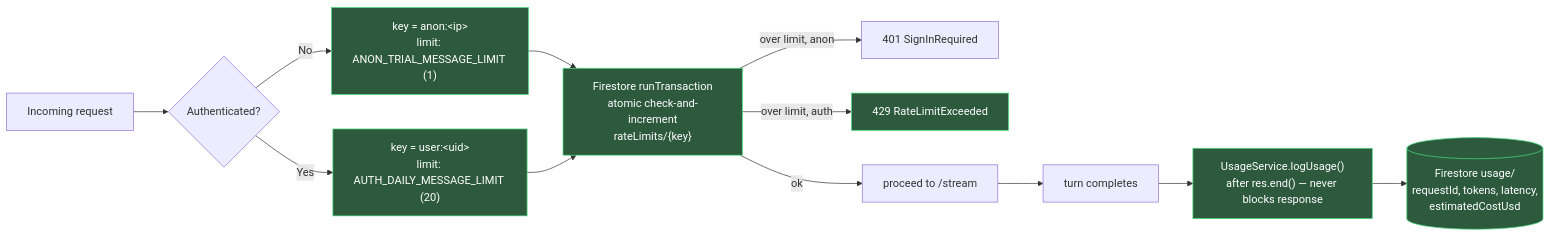
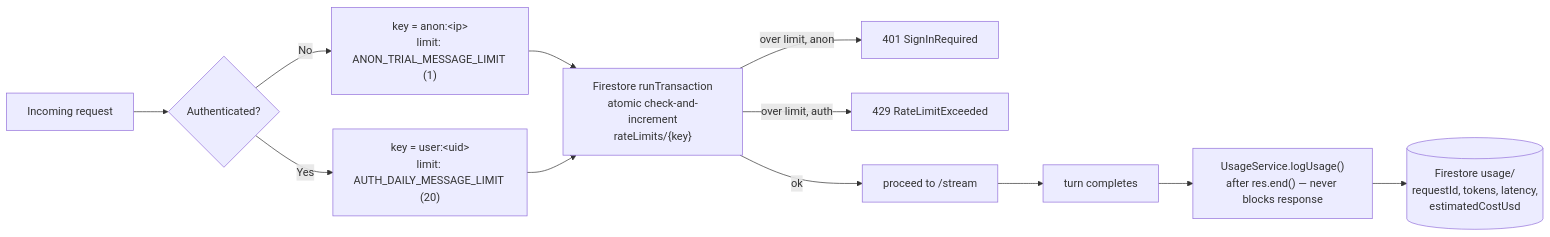
One commit to Shrikant92Bhatt/chat-bot changed the seventh of 7 diagrams in architecture.md. Above: the diagram before and after it, drawn with Mermaid. The commit also changed other lines of this file and 3 other files, not shown here.

````diff
--- a/architecture.md
+++ b/architecture.md
@@ -151,16 +227,13 @@
 ```mermaid
 flowchart LR
     Req["Incoming request"] --> Auth{"Authenticated?"}
     Auth -->|No| AnonKey["key = anon:&lt;ip&gt;<br/>limit: ANON_TRIAL_MESSAGE_LIMIT (1)"]
     Auth -->|Yes| UserKey["key = user:&lt;uid&gt;<br/>limit: AUTH_DAILY_MESSAGE_LIMIT (20)"]
     AnonKey & UserKey --> Tx["Firestore runTransaction<br/>atomic check-and-increment<br/>rateLimits/{key}"]
     Tx -->|over limit, anon| E1["401 SignInRequired"]
     Tx -->|over limit, auth| E2["429 RateLimitExceeded"]
     Tx -->|ok| Continue["proceed to /stream"]
     Continue --> Complete["turn completes"]
     Complete --> Log["UsageService.logUsage()<br/>after res.end() — never blocks response"]
     Log --> UsageDoc[("Firestore usage/<br/>requestId, tokens, latency,<br/>estimatedCostUsd")]
-
-    classDef new fill:#2d5a3d,stroke:#4ade80,color:#fff
-    class AnonKey,UserKey,Tx,E2,Log,UsageDoc new
 ```
````
